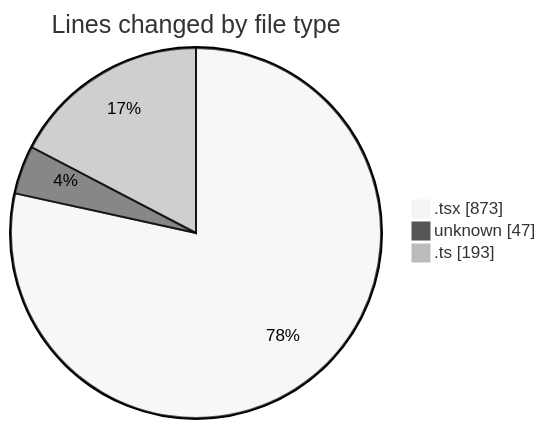
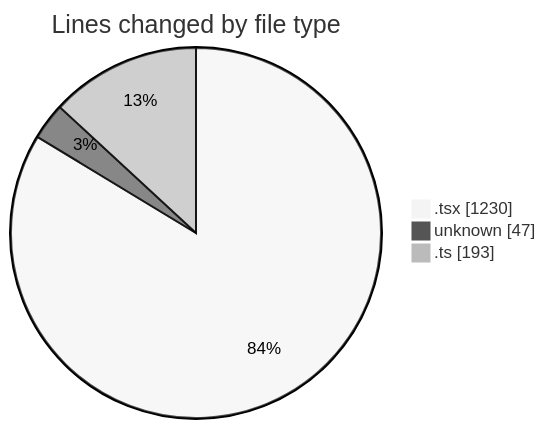
The first of 2 diagrams in 2025-09-18/cda/README.md (momahboobian/code-tracking), drawn with Mermaid (neutral theme) before and after one commit. The commit also changed other lines of this file and 1 other file, not shown here.

````diff
--- a/2025-09-18/cda/README.md
+++ b/2025-09-18/cda/README.md
@@ -24,7 +24,7 @@
 ```mermaid
 pie showData
 title Lines changed by file type
-".tsx" : 873
+".tsx" : 1230
 "unknown" : 47
 ".ts" : 193
 ```
````
